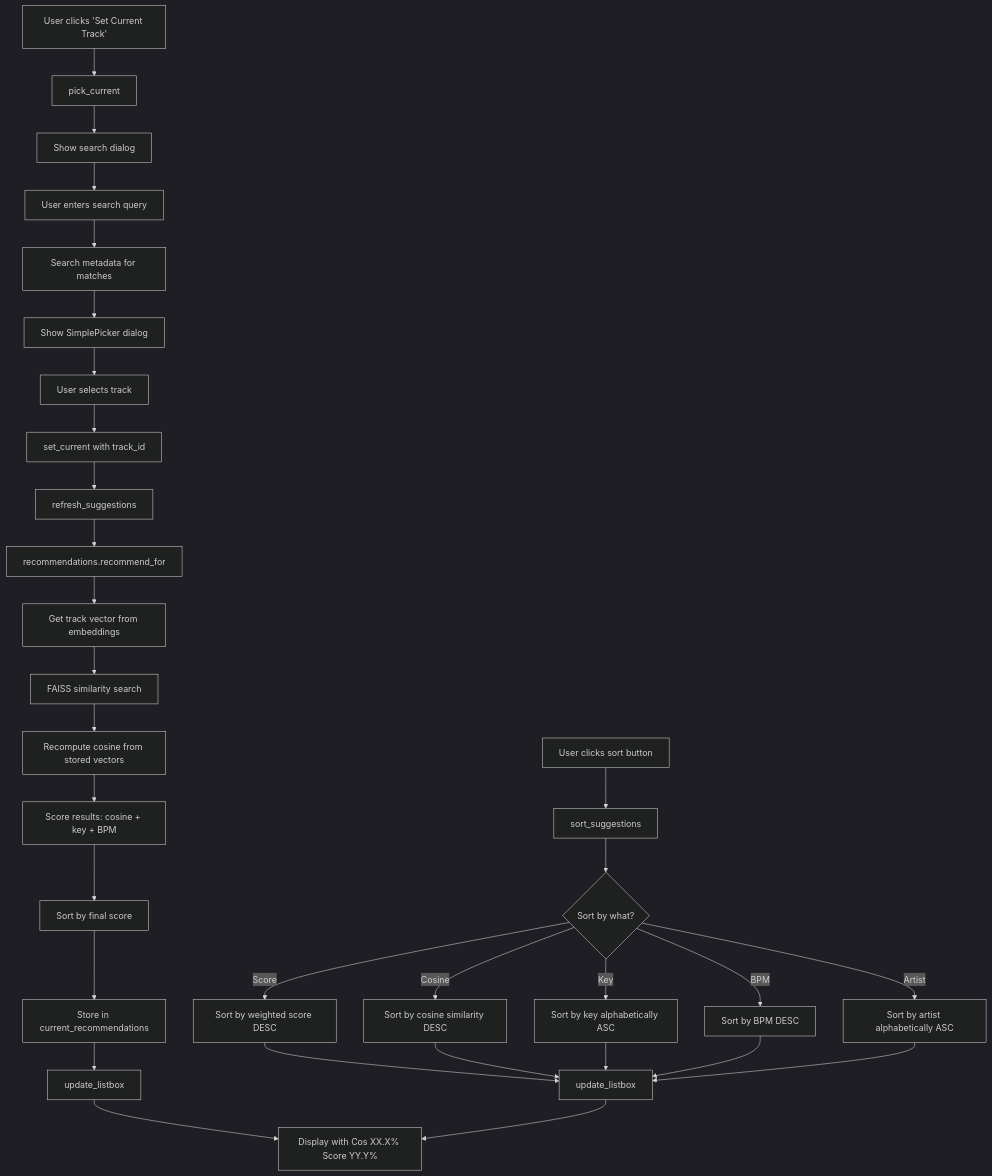
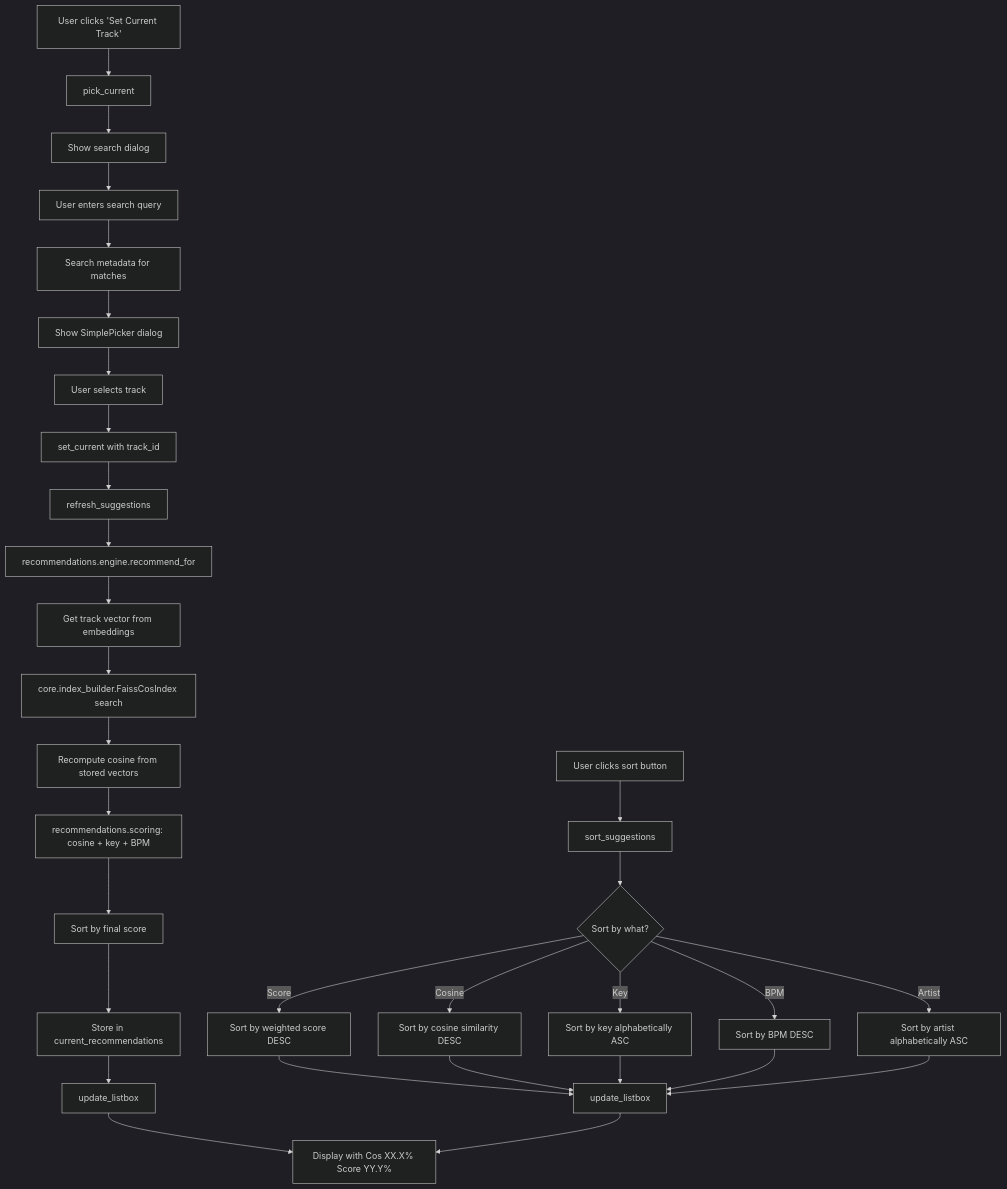
One commit to zeinramadan/cosine-companion changed the third of 3 diagrams in PROGRAM_FLOW.md. Above: the diagram before and after it, drawn with Mermaid (dark theme). The commit also changed other lines of this file, not shown here.

````diff
--- a/PROGRAM_FLOW.md
+++ b/PROGRAM_FLOW.md
@@ -260,37 +292,37 @@
 ```mermaid
 graph TD
     A[User clicks 'Set Current Track'] --> B[pick_current]
     B --> C[Show search dialog]
     C --> D[User enters search query]
     D --> E[Search metadata for matches]
     E --> F[Show SimplePicker dialog]
     F --> G[User selects track]
     G --> H[set_current with track_id]
     H --> I[refresh_suggestions]
     
-    I --> J[recommendations.recommend_for]
+    I --> J[recommendations.engine.recommend_for]
     J --> K[Get track vector from embeddings]
-    K --> L[FAISS similarity search]
+    K --> L[core.index_builder.FaissCosIndex search]
     L --> M[Recompute cosine from stored vectors]
-    M --> N[Score results: cosine + key + BPM]
+    M --> N[recommendations.scoring: cosine + key + BPM]
     N --> O[Sort by final score]
     O --> P[Store in current_recommendations]
     P --> Q[update_listbox]
     
     Q --> R[Display with Cos XX.X% Score YY.Y%]
     
     S[User clicks sort button] --> T[sort_suggestions]
     T --> U{Sort by what?}
     U -->|Score| V[Sort by weighted score DESC]
     U -->|Cosine| W[Sort by cosine similarity DESC]
     U -->|Key| X[Sort by key alphabetically ASC]
     U -->|BPM| Y[Sort by BPM DESC]
     U -->|Artist| Z[Sort by artist alphabetically ASC]
     
     V --> AA[update_listbox]
     W --> AA
     X --> AA
     Y --> AA
     Z --> AA
     AA --> R
 ```
````
